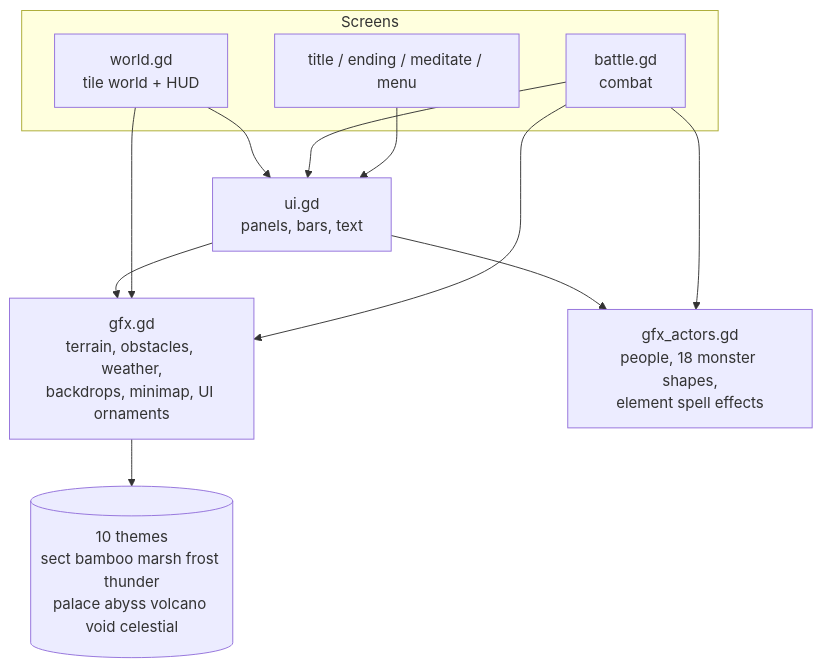
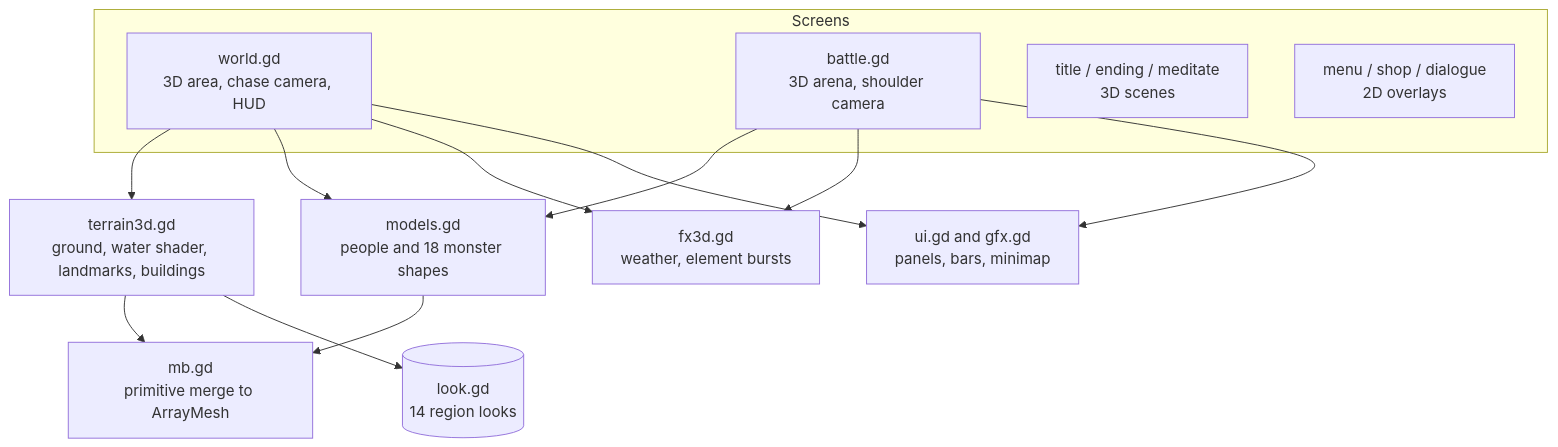
The fourth of 5 diagrams in README.md (jgyy/timegox), drawn with Mermaid before and after one commit. The commit also changed other lines of this file and 32 other files, not shown here.

````diff
--- a/README.md
+++ b/README.md
@@ -92,17 +150,19 @@
 ```mermaid
 flowchart TD
     subgraph Screens
-        W[world.gd<br/>tile world + HUD]
-        B[battle.gd<br/>combat]
-        T[title / ending / meditate / menu]
+        W[world.gd<br/>3D area, chase camera, HUD]
+        B[battle.gd<br/>3D arena, shoulder camera]
+        T[title / ending / meditate<br/>3D scenes]
+        M[menu / shop / dialogue<br/>2D overlays]
     end
-    W --> UI[ui.gd<br/>panels, bars, text]
+    W --> TER[terrain3d.gd<br/>ground, water shader, landmarks, buildings]
+    W --> MOD[models.gd<br/>people and 18 monster shapes]
+    B --> MOD
+    B --> FX[fx3d.gd<br/>weather, element bursts]
+    W --> FX
+    TER --> MB[mb.gd<br/>primitive merge to ArrayMesh]
+    MOD --> MB
+    TER --> LK[(look.gd<br/>14 region looks)]
+    W --> UI[ui.gd and gfx.gd<br/>panels, bars, minimap]
     B --> UI
-    T --> UI
-    UI --> G[gfx.gd<br/>terrain, obstacles, weather,<br/>backdrops, minimap, UI ornaments]
-    UI --> A[gfx_actors.gd<br/>people, 18 monster shapes,<br/>element spell effects]
-    W --> G
-    B --> G
-    B --> A
-    G --> TH[(10 themes<br/>sect bamboo marsh frost thunder<br/>palace abyss volcano void celestial)]
 ```
````
